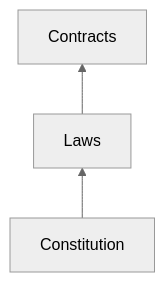
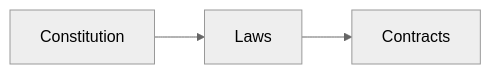
One commit to nation3/law changed the first of 3 diagrams in README.md. Above: the diagram before and after it, drawn with Mermaid (neutral theme). The commit also changed other lines of this file and 3 other files, not shown here.

````diff
--- a/README.md
+++ b/README.md
@@ -28,5 +16,5 @@
 ```mermaid
-graph BT
+graph LR
     Constitution --> Laws
     Laws --> Contracts
 ```
````
